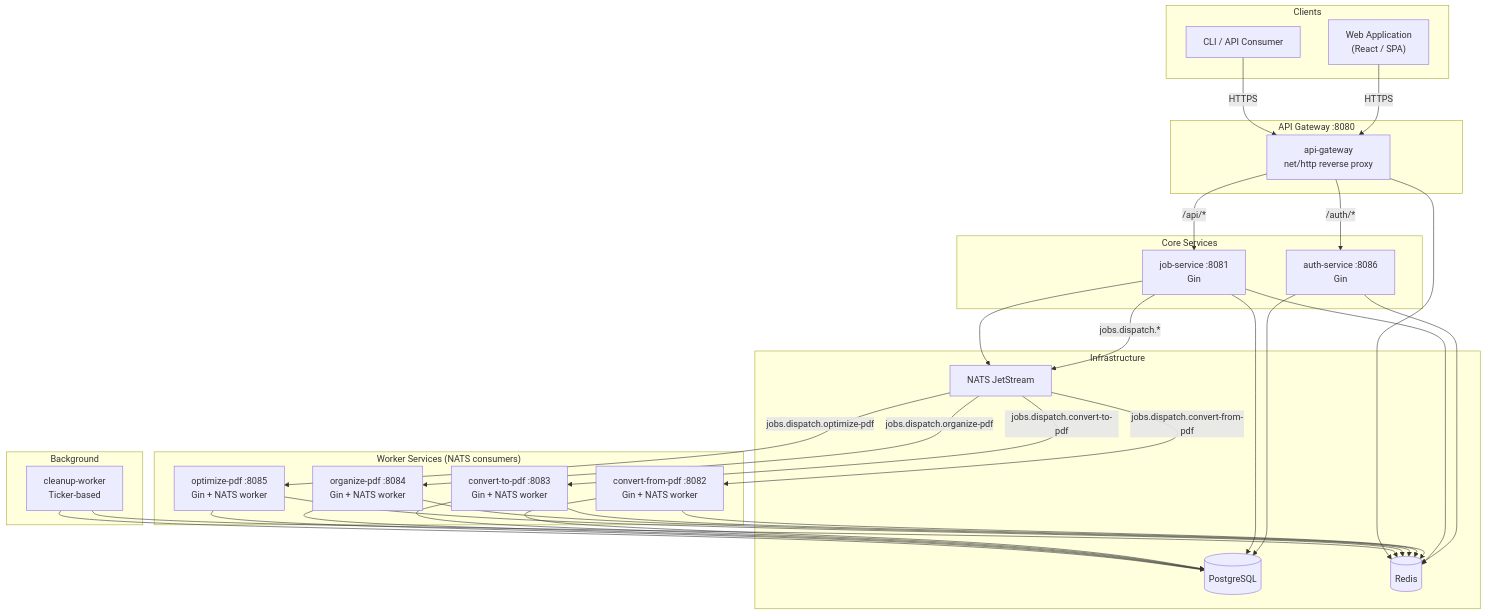
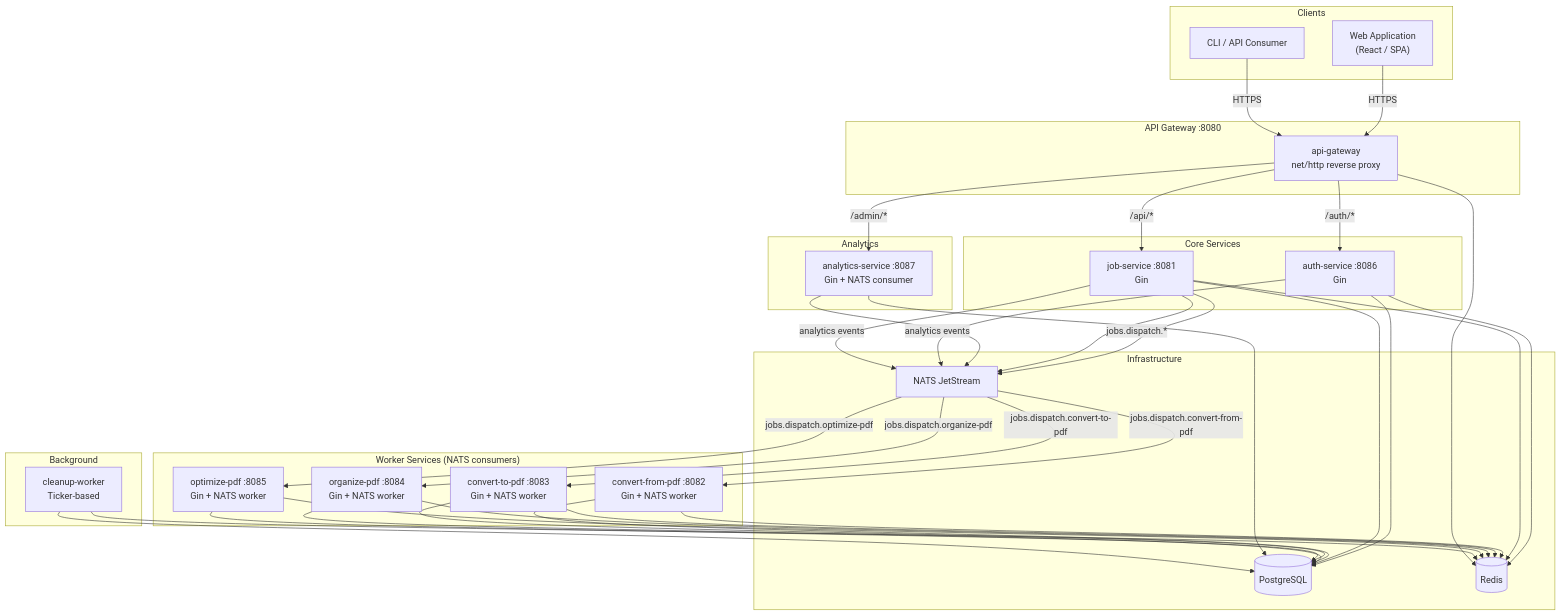
Before and after one commit to Prachidubey2003/fyredocs_backend: the first of 4 diagrams in docs/mermaid/system-overview.md, drawn with Mermaid. The commit also changed other lines of this file and 35 other files, not shown here.

First line of the commit message:
Add analytics service, business metrics tracking, and role-based admin access

````diff
--- a/docs/mermaid/system-overview.md
+++ b/docs/mermaid/system-overview.md
@@ -7,62 +7,71 @@
 ```mermaid
 graph TB
     subgraph Clients
         WebApp["Web Application<br/>(React / SPA)"]
         CLI["CLI / API Consumer"]
     end
 
     subgraph Gateway["API Gateway :8080"]
         GW["api-gateway<br/>net/http reverse proxy"]
     end
 
     subgraph Core["Core Services"]
         AUTH["auth-service :8086<br/>Gin"]
         JOB["job-service :8081<br/>Gin"]
     end
 
     subgraph Workers["Worker Services (NATS consumers)"]
         CFP["convert-from-pdf :8082<br/>Gin + NATS worker"]
         CTP["convert-to-pdf :8083<br/>Gin + NATS worker"]
         ORG["organize-pdf :8084<br/>Gin + NATS worker"]
         OPT["optimize-pdf :8085<br/>Gin + NATS worker"]
     end
 
+    subgraph Analytics["Analytics"]
+        AN["analytics-service :8087<br/>Gin + NATS consumer"]
+    end
+
     subgraph Background
         CW["cleanup-worker<br/>Ticker-based"]
     end
 
     subgraph Infrastructure
         PG[(PostgreSQL)]
         RD[(Redis)]
         NATS["NATS JetStream"]
     end
 
     WebApp -->|HTTPS| GW
     CLI -->|HTTPS| GW
 
     GW -->|/auth/*| AUTH
     GW -->|/api/*| JOB
+    GW -->|/admin/*| AN
 
     JOB -->|jobs.dispatch.*| NATS
     NATS -->|jobs.dispatch.convert-from-pdf| CFP
     NATS -->|jobs.dispatch.convert-to-pdf| CTP
     NATS -->|jobs.dispatch.organize-pdf| ORG
     NATS -->|jobs.dispatch.optimize-pdf| OPT
 
     AUTH --> PG
     AUTH --> RD
     JOB --> PG
     JOB --> RD
     JOB --> NATS
     CFP --> PG
     CFP --> RD
     CTP --> PG
     CTP --> RD
     ORG --> PG
     ORG --> RD
     OPT --> PG
     OPT --> RD
+    AN --> PG
+    AN --> NATS
+    AUTH -->|analytics events| NATS
+    JOB -->|analytics events| NATS
     CW --> PG
     CW --> RD
     GW --> RD
 ```
````
